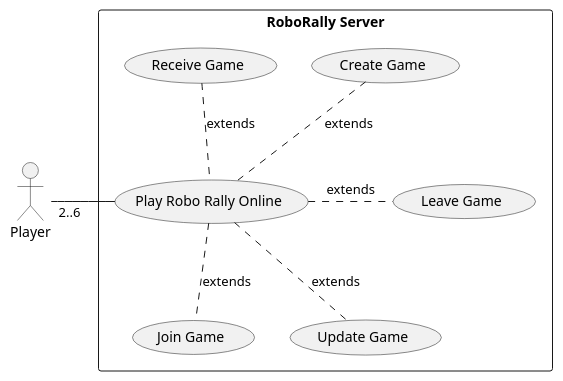
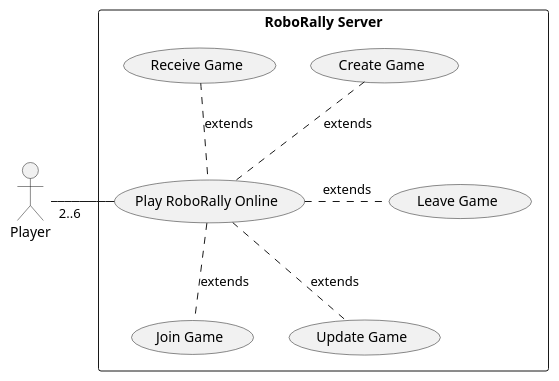
The diagram in diagrams/uc_server_diagram.puml (MikaelFangel/RoboRally), drawn with PlantUML before and after one commit. The commit also changed 2 other files, not shown here.

```diff
--- a/diagrams/uc_server_diagram.puml
+++ b/diagrams/uc_server_diagram.puml
@@ -1,18 +1,18 @@
 @startuml
 rectangle "RoboRally Server" {
-    usecase (Play Robo Rally Online) as play
+    usecase (Play RoboRally Online) as play
     usecase (Create Game) as create
     usecase (Join Game) as join
     usecase (Leave Game) as leave
     usecase (Update Game) as update
     usecase (Receive Game) as receive
 }
 
 Player "2..6" -r- play : \t
 
 create .d. play : extends
 join .u. play : extends
 leave .l. play : extends
 update .u. play : extends
 receive .. play : extends
 @enduml
```
